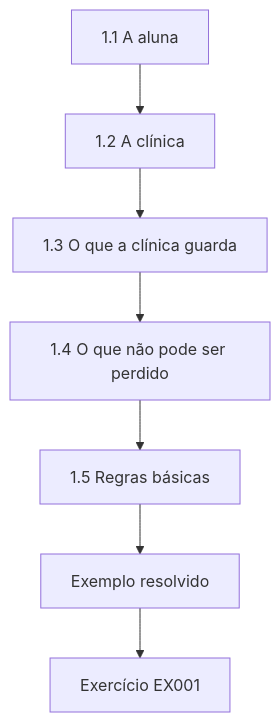
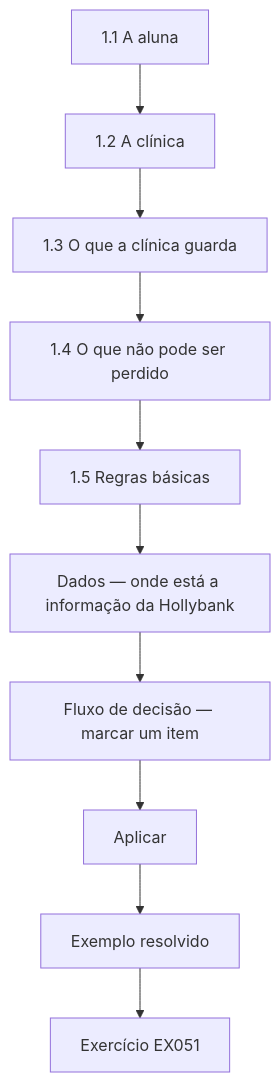
One commit to hiagokinlevi/CyKin changed the first of 12 diagrams in levels/rapid-1-month/information-security/pt/book/MANUSCRIPT.md. Above: the diagram before and after it, drawn with Mermaid. The commit also changed other lines of this file and 1 other file, not shown here.

````diff
--- a/levels/rapid-1-month/information-security/pt/book/MANUSCRIPT.md
+++ b/levels/rapid-1-month/information-security/pt/book/MANUSCRIPT.md
@@ -45,11 +45,14 @@
 ```mermaid
 flowchart TD
   N0["1.1 A aluna"]
   N1["1.2 A clínica"]
   N2["1.3 O que a clínica guarda"]
   N3["1.4 O que não pode ser perdido"]
   N4["1.5 Regras básicas"]
-  N0 --> N1 --> N2 --> N3 --> N4
-  N4 --> EX["Exemplo resolvido"]
-  EX --> Q["Exercício EX001"]
+  N5["Dados — onde está a informação da Hollybank"]
+  N6["Fluxo de decisão — marcar um item"]
+  N7["Aplicar"]
+  N0 --> N1 --> N2 --> N3 --> N4 --> N5 --> N6 --> N7
+  N7 --> EX["Exemplo resolvido"]
+  EX --> Q["Exercício EX051"]
 ```
````
